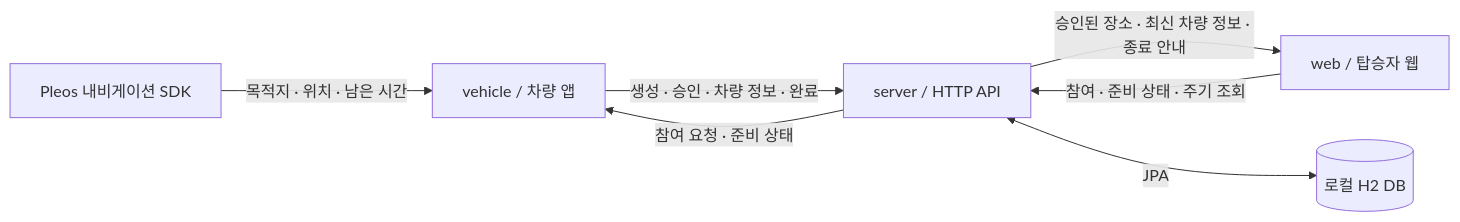
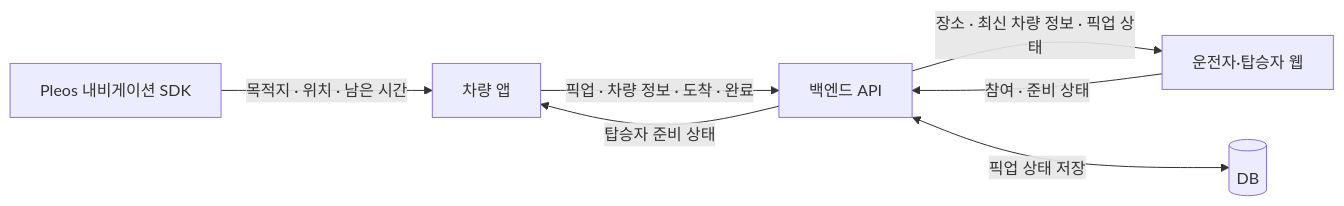
Before and after one commit to majung-team/majung: the diagram in README.md, drawn with Mermaid. The commit also changed other lines of this file and 5 other files, not shown here.

````diff
--- a/README.md
+++ b/README.md
@@ -18,9 +55,9 @@
 ```mermaid
 flowchart LR
-    N["Pleos 내비게이션 SDK"] -->|"목적지 · 위치 · 남은 시간"| V["vehicle / 차량 앱"]
-    V -->|"생성 · 승인 · 차량 정보 · 완료"| S["server / HTTP API"]
-    S -->|"참여 요청 · 준비 상태"| V
-    W["web / 탑승자 웹"] -->|"참여 · 준비 상태 · 주기 조회"| S
-    S -->|"승인된 장소 · 최신 차량 정보 · 종료 안내"| W
-    S <-->|"JPA"| D[("로컬 H2 DB")]
+    N["Pleos 내비게이션 SDK"] -->|"목적지 · 위치 · 남은 시간"| V["차량 앱"]
+    V -->|"픽업 · 차량 정보 · 도착 · 완료"| B["백엔드 API"]
+    B -->|"탑승자 준비 상태"| V
+    W["운전자·탑승자 웹"] -->|"참여 · 준비 상태"| B
+    B -->|"장소 · 최신 차량 정보 · 픽업 상태"| W
+    B <-->|"픽업 상태 저장"| D[("DB")]
 ```
````
